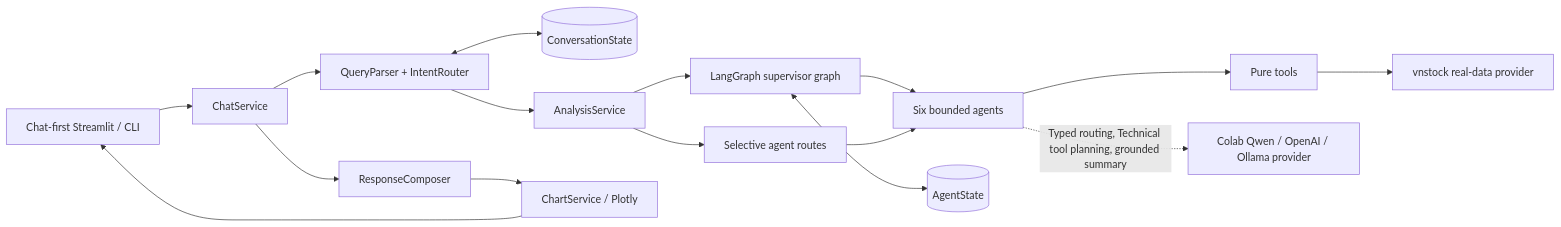
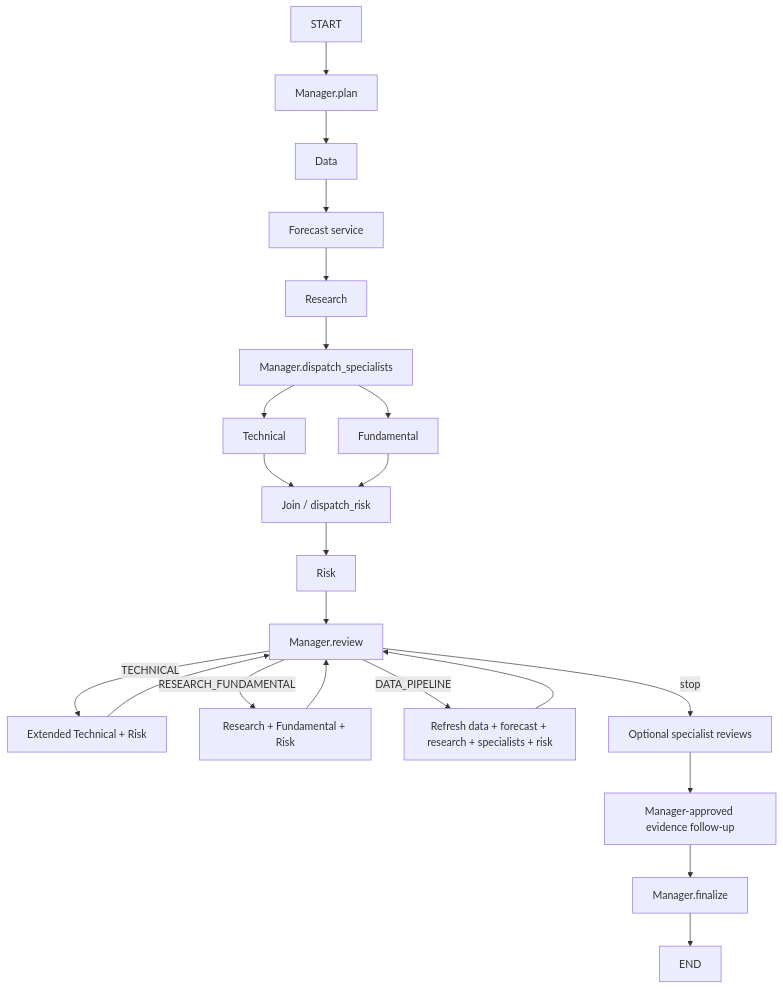
Before and after one commit to Dung1604005/vietnam-stock-research-agent: the diagram in docs/architecture.md, drawn with Mermaid. The commit also changed other lines of this file and 86 other files, not shown here.

````diff
--- a/docs/architecture.md
+++ b/docs/architecture.md
@@ -7,18 +35,24 @@
 ```mermaid
-flowchart LR
-    UI[Chat-first Streamlit / CLI] --> C[ChatService]
-    C --> Q[QueryParser + IntentRouter]
-    Q <--> M[(ConversationState)]
-    Q --> S[AnalysisService]
-    S --> G[LangGraph supervisor graph]
-    S --> X[Selective agent routes]
-    G --> A[Six bounded agents]
-    X --> A
-    A --> T[Pure tools]
-    T --> P[vnstock real-data provider]
-    A -. Typed routing, Technical tool planning, grounded summary .-> L[Colab Qwen / OpenAI / Ollama provider]
-    G <--> ST[(AgentState)]
-    C --> R[ResponseComposer]
-    R --> CH[ChartService / Plotly]
-    CH --> UI
+flowchart TD
+    S[START] --> M[Manager.plan]
+    M --> D[Data]
+    D --> P[Forecast service]
+    P --> R[Research]
+    R --> DS[Manager.dispatch_specialists]
+    DS --> T[Technical]
+    DS --> F[Fundamental]
+    T --> J[Join / dispatch_risk]
+    F --> J
+    J --> K[Risk]
+    K --> V[Manager.review]
+    V -->|TECHNICAL| TR[Extended Technical + Risk]
+    V -->|RESEARCH_FUNDAMENTAL| RF[Research + Fundamental + Risk]
+    V -->|DATA_PIPELINE| DP[Refresh data + forecast + research + specialists + risk]
+    TR --> V
+    RF --> V
+    DP --> V
+    V -->|stop| SR[Optional specialist reviews]
+    SR --> EF[Manager-approved evidence follow-up]
+    EF --> FIN[Manager.finalize]
+    FIN --> E[END]
 ```
````
